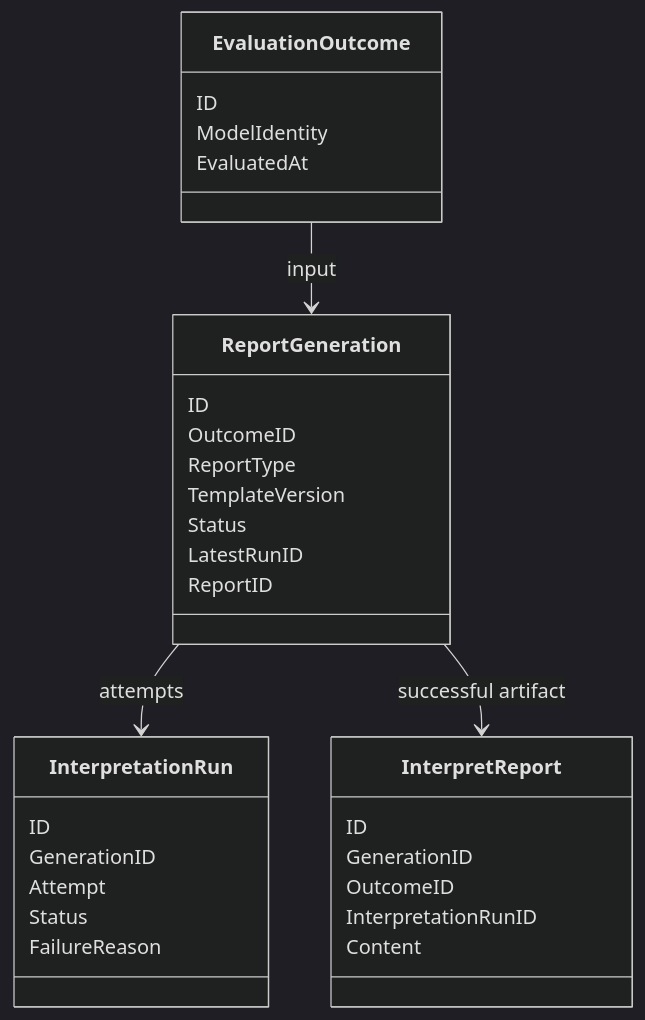
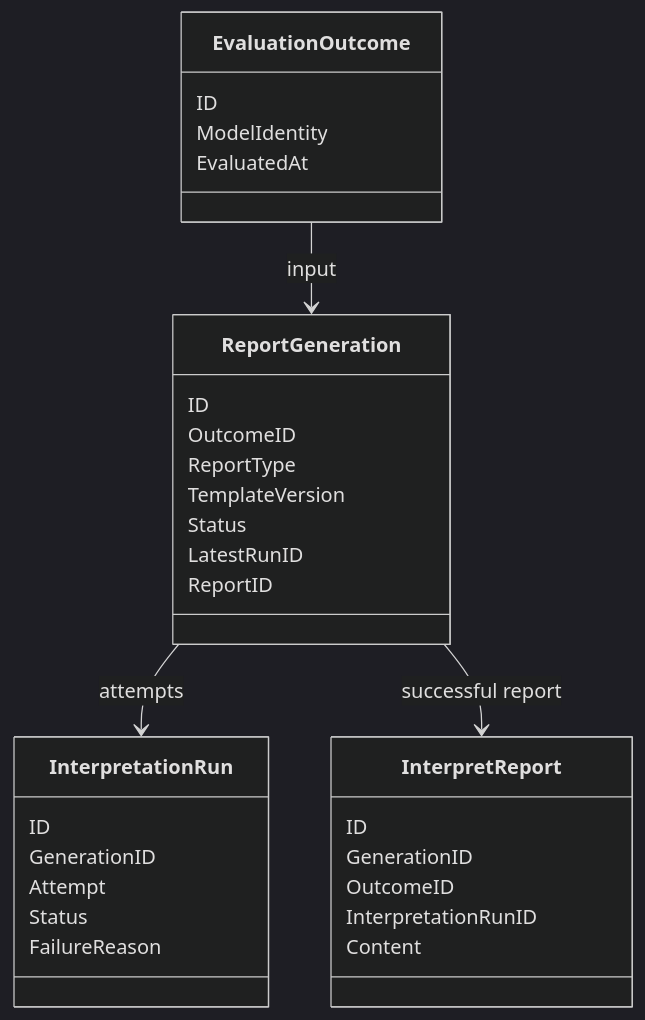
One commit to FangcunMount/qs-server changed the first of 2 diagrams in docs/02-业务模块/40-interpretation/02-领域模型.md. Above: the diagram before and after it, drawn with Mermaid (dark theme). The commit also changed other lines of this file and 128 other files, not shown here.

First line of the commit message:
refactor(interpretation): Rename InterpretReport to Draft and update related references

````diff
--- a/docs/02-业务模块/40-interpretation/02-领域模型.md
+++ b/docs/02-业务模块/40-interpretation/02-领域模型.md
@@ -7,34 +7,34 @@
 ```mermaid
 classDiagram
     class EvaluationOutcome {
         ID
         ModelIdentity
         EvaluatedAt
     }
     class ReportGeneration {
         ID
         OutcomeID
         ReportType
         TemplateVersion
         Status
         LatestRunID
         ReportID
     }
     class InterpretationRun {
         ID
         GenerationID
         Attempt
         Status
         FailureReason
     }
     class InterpretReport {
         ID
         GenerationID
         OutcomeID
         InterpretationRunID
         Content
     }
     EvaluationOutcome --> ReportGeneration : input
     ReportGeneration --> InterpretationRun : attempts
-    ReportGeneration --> InterpretReport : successful artifact
+    ReportGeneration --> InterpretReport : successful report
 ```
````
